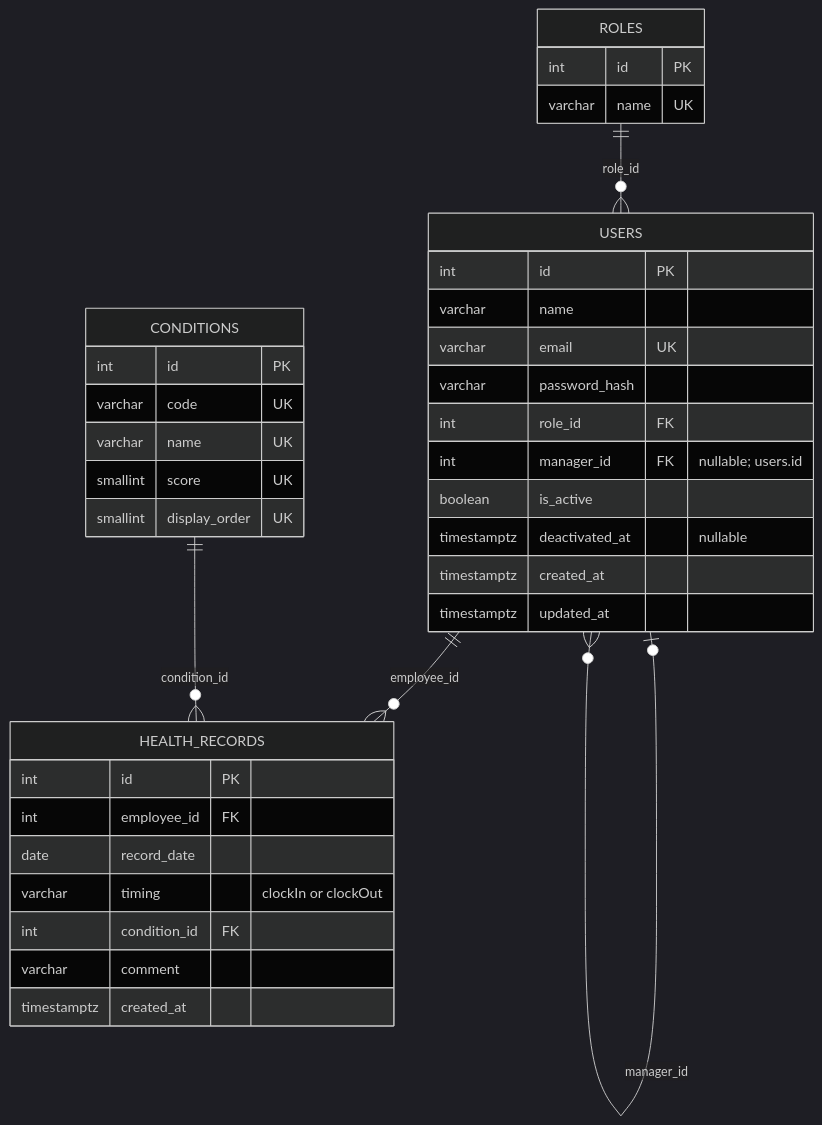
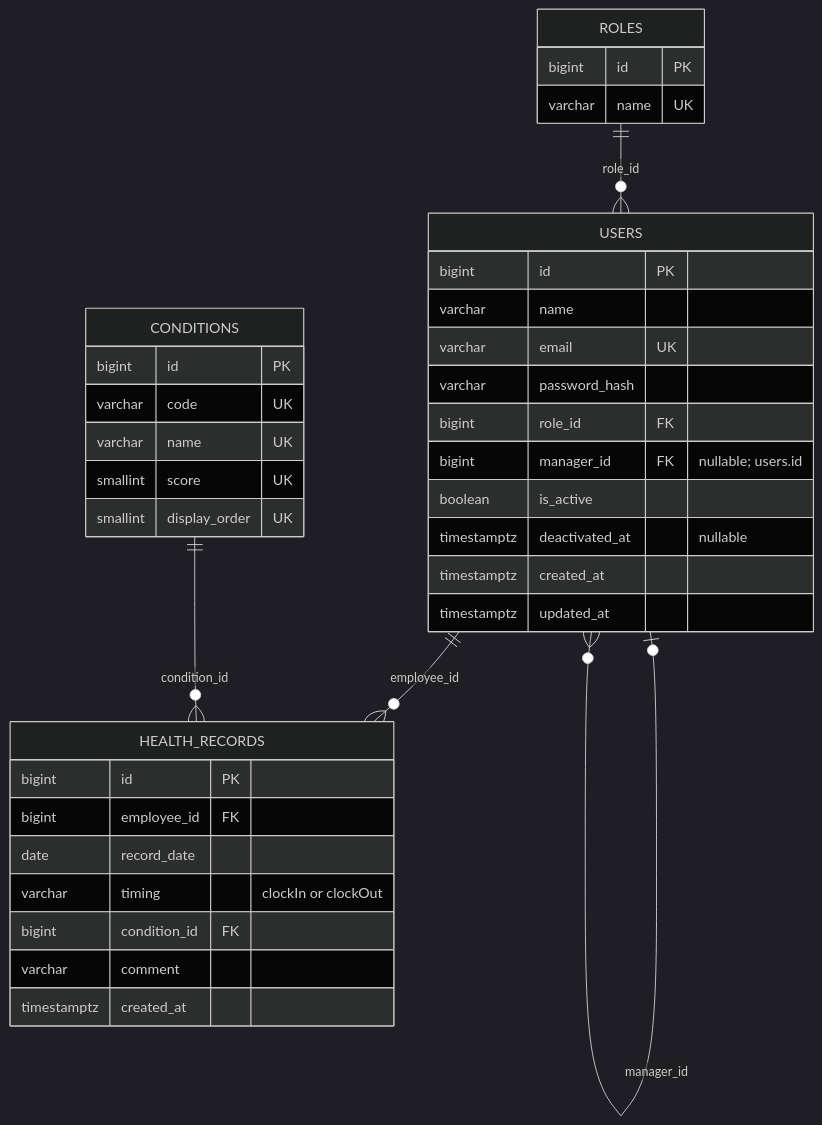
The diagram in docs/architecture.md (atamu2463/health-bridge), drawn with Mermaid (dark theme) before and after one commit. The commit also changed other lines of this file and 13 other files, not shown here.

````diff
--- a/docs/architecture.md
+++ b/docs/architecture.md
@@ -174,43 +185,43 @@
 ```mermaid
 erDiagram
     ROLES ||--o{ USERS : "role_id"
     USERS o|--o{ USERS : "manager_id"
     USERS ||--o{ HEALTH_RECORDS : "employee_id"
     CONDITIONS ||--o{ HEALTH_RECORDS : "condition_id"
 
     ROLES {
-        int id PK
+        bigint id PK
         varchar name UK
     }
 
     USERS {
-        int id PK
+        bigint id PK
         varchar name
         varchar email UK
         varchar password_hash
-        int role_id FK
-        int manager_id FK "nullable; users.id"
+        bigint role_id FK
+        bigint manager_id FK "nullable; users.id"
         boolean is_active
         timestamptz deactivated_at "nullable"
         timestamptz created_at
         timestamptz updated_at
     }
 
     CONDITIONS {
-        int id PK
+        bigint id PK
         varchar code UK
         varchar name UK
         smallint score UK
         smallint display_order UK
     }
 
     HEALTH_RECORDS {
-        int id PK
-        int employee_id FK
+        bigint id PK
+        bigint employee_id FK
         date record_date
         varchar timing "clockIn or clockOut"
-        int condition_id FK
+        bigint condition_id FK
         varchar comment
         timestamptz created_at
     }
 ```
````
